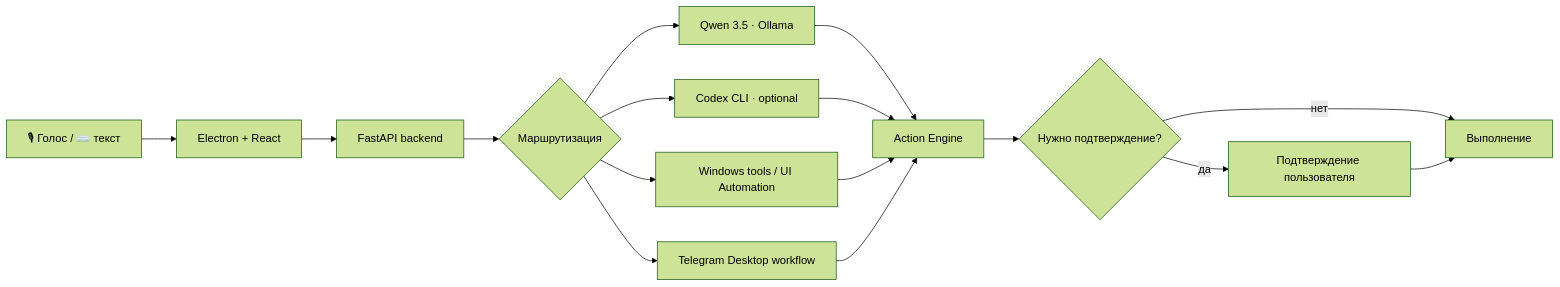
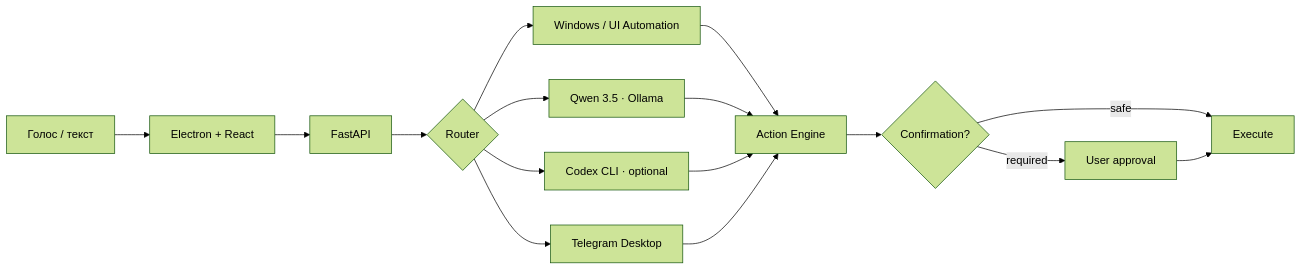
Before and after one commit to holy-moly-l/friday-assistant: the diagram in README.md, drawn with Mermaid (forest theme). The commit also changed other lines of this file, not shown here.

````diff
--- a/README.md
+++ b/README.md
@@ -86,21 +56,21 @@
 ```mermaid
 flowchart LR
-    U["🎙 Голос / ⌨️ текст"] --> UI["Electron + React"]
-    UI --> API["FastAPI backend"]
-    API --> R{"Маршрутизация"}
+    U["Голос / текст"] --> UI["Electron + React"]
+    UI --> API["FastAPI"]
+    API --> R{"Router"}
 
-    R --> W["Windows tools / UI Automation"]
+    R --> W["Windows / UI Automation"]
     R --> Q["Qwen 3.5 · Ollama"]
     R --> C["Codex CLI · optional"]
-    R --> T["Telegram Desktop workflow"]
+    R --> T["Telegram Desktop"]
 
-    Q --> A["Action Engine"]
+    W --> A["Action Engine"]
+    Q --> A
     C --> A
-    W --> A
     T --> A
 
-    A --> S{"Нужно подтверждение?"}
-    S -->|"нет"| X["Выполнение"]
-    S -->|"да"| P["Подтверждение пользователя"]
+    A --> V{"Confirmation?"}
+    V -->|safe| X["Execute"]
+    V -->|required| P["User approval"]
     P --> X
 ```
````
